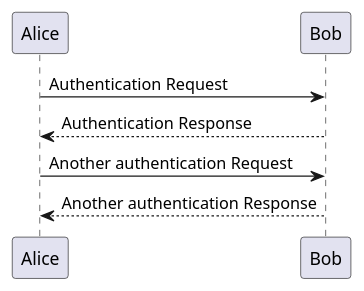
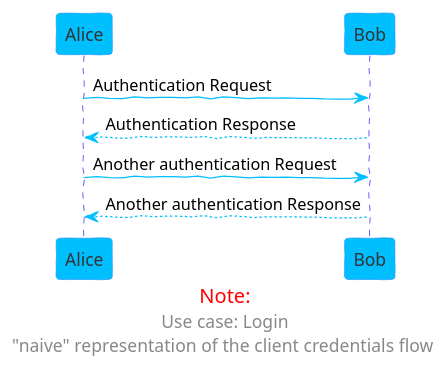
One commit to 7frank/ai-ui-playground changed the diagram in src/content/docs/reference/test.puml. Above: the diagram before and after it, drawn with PlantUML.

Commit message:
add style zo puml

```diff
--- a/src/content/docs/reference/test.puml
+++ b/src/content/docs/reference/test.puml
@@ -1,7 +1,35 @@
 @startuml
+
+skinparam handwritten true
+
+skinparam sequence {
+ArrowColor DeepSkyBlue
+ActorBorderColor DeepSkyBlue
+LifeLineBorderColor blue
+LifeLineBackgroundColor #A9DCDF
+
+ParticipantBorderColor DodgerBlue
+ParticipantBackgroundColor DeepSkyBlue
+
+ParticipantFontColor #333
+
+ActorBackgroundColor aqua
+ActorFontColor DeepSkyBlue
+ActorFontSize 17
+ActorFontName Aapex
+}
+
+footer
+<font color=red size=16>Note:</font>
+<font  size=14>Use case: Login</font>
+<font  size=14>"naive" representation of the client credentials flow </font>
+endfooter
+
+
+
 Alice -> Bob: Authentication Request
 Bob --> Alice: Authentication Response
 
 Alice -> Bob: Another authentication Request
 Alice <-- Bob: Another authentication Response
 @enduml
```
